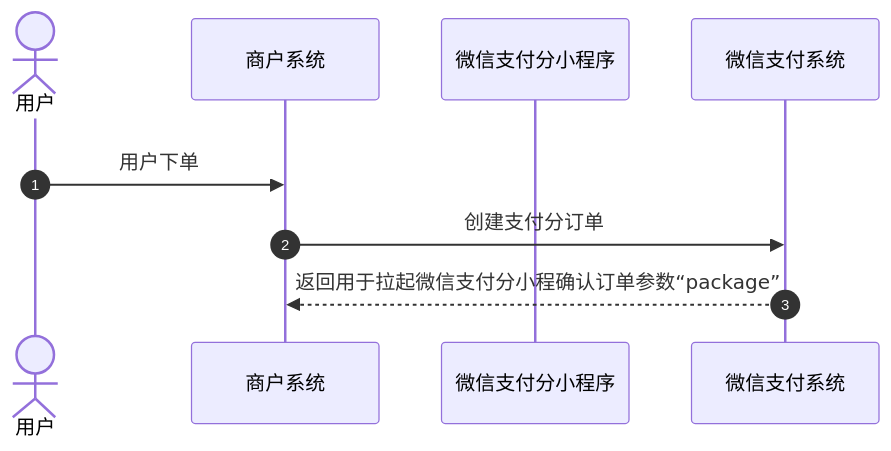
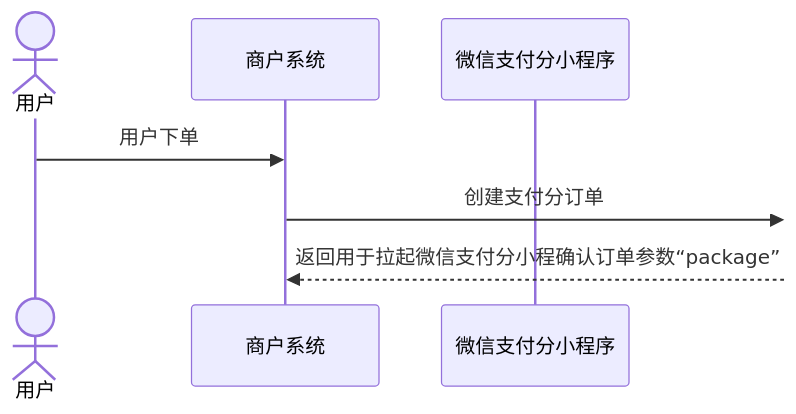
Before and after one commit to minibear2021/wechatpay_docs: the first of 5 diagrams in docs/partner/pages/4012586134.md, drawn with Mermaid. The commit also changed other lines of this file and 793 other files, not shown here.

````diff
--- a/docs/partner/pages/4012586134.md
+++ b/docs/partner/pages/4012586134.md
@@ -46,14 +46,12 @@
 ```mermaid
 sequenceDiagram
-    rect rgb(255,255,255)
-        autonumber
+
         actor User as 用户
         participant Mch as 商户系统
         participant WxPay as 微信支付分小程序
-        participant WxPay2 as 微信支付系统
+        participant WxPay2@{ type: secondaryActor } as 微信支付系统
 
         User->>Mch: 用户下单
         Mch->>WxPay2: 创建支付分订单
         WxPay2-->>Mch: 返回用于拉起微信支付分小程确认订单参数“package”
-    end
 ```
````
